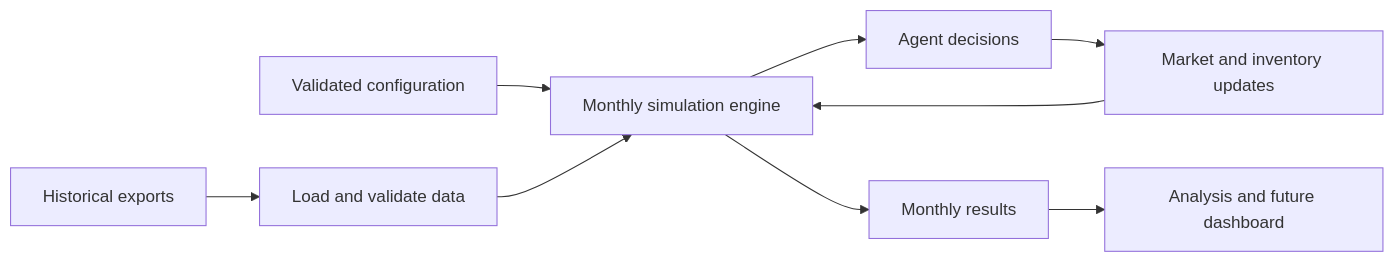
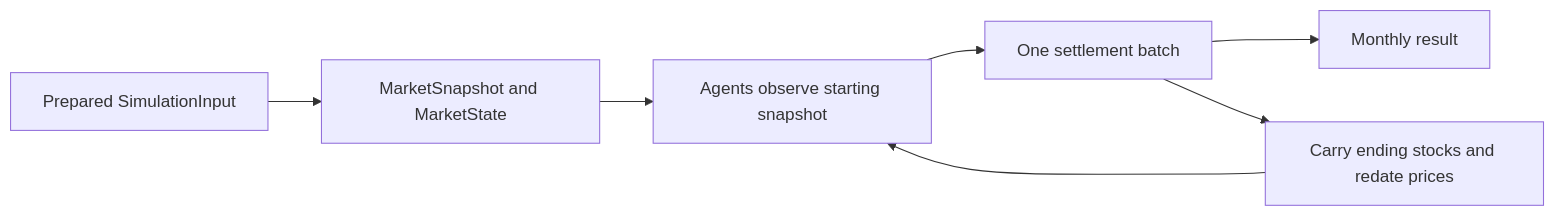
Before and after one commit to Arkadiusz4/soybean-crush-simulator: the diagram in docs/architecture.md, drawn with Mermaid. The commit also changed other lines of this file and 13 other files, not shown here.

Commit message:
feat: implement monthly simulation engine

````diff
--- a/docs/architecture.md
+++ b/docs/architecture.md
@@ -420,11 +418,9 @@
 ```mermaid
 flowchart LR
-    Sources[Historical exports] --> Data[Load and validate data]
-    Config[Validated configuration] --> Engine[Monthly simulation engine]
-    Data --> Engine
-    Engine --> Agents[Agent decisions]
-    Agents --> Market[Market and inventory updates]
-    Market --> Engine
-    Engine --> Results[Monthly results]
-    Results --> View[Analysis and future dashboard]
+    Data[Prepared SimulationInput] --> State[MarketSnapshot and MarketState]
+    State --> Agents[Agents observe starting snapshot]
+    Agents --> Settlement[One settlement batch]
+    Settlement --> History[Monthly result]
+    Settlement --> Next[Carry ending stocks and redate prices]
+    Next --> Agents
 ```
````
